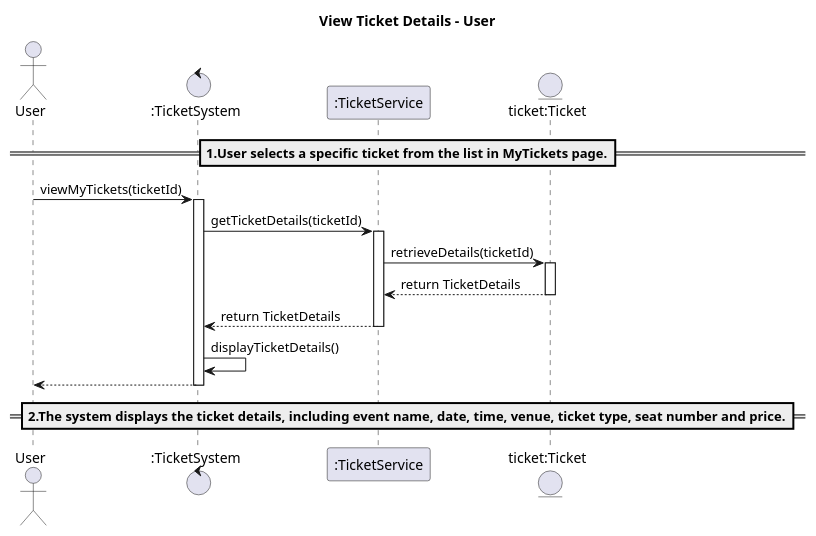
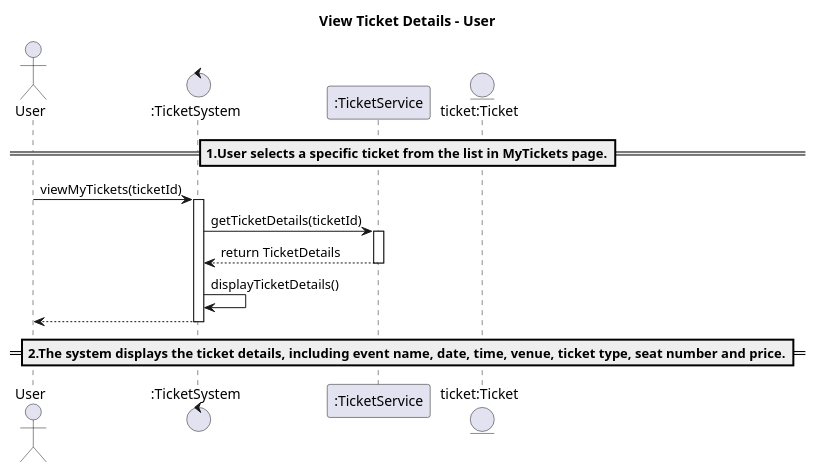
Before and after one commit to mrle0429/Event-Management-System: the diagram in 02-analysis/View_Ticket_Details.puml, drawn with PlantUML. The commit also changed 2 other files, not shown here.

```diff
--- a/02-analysis/View_Ticket_Details.puml
+++ b/02-analysis/View_Ticket_Details.puml
@@ -1,24 +1,20 @@
 @startuml
 title View Ticket Details - User
 
 actor User
 control ":TicketSystem" as UD
 participant ":TicketService" as TS
 entity "ticket:Ticket" as ticket
 
 == 1.User selects a specific ticket from the list in MyTickets page.==
 User -> UD : viewMyTickets(ticketId)
 activate UD
 UD -> TS : getTicketDetails(ticketId)
 activate TS
-TS -> ticket : retrieveDetails(ticketId)
-activate ticket
-ticket --> TS : return TicketDetails
-deactivate ticket
 TS --> UD : return TicketDetails
 deactivate TS
 UD -> UD : displayTicketDetails()
 UD --> User :
 deactivate UD
 ==2.The system displays the ticket details, including event name, date, time, venue, ticket type, seat number and price.==
 @enduml
```
